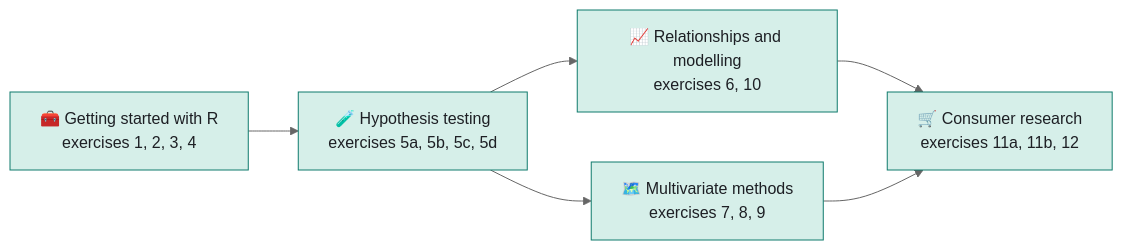
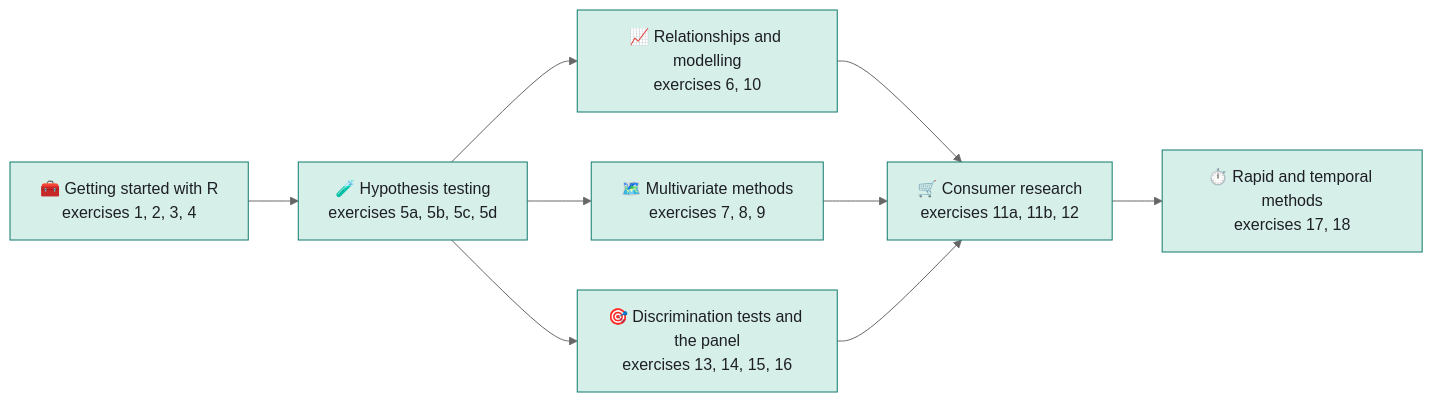
One commit to senzorika/SaIT changed the second of 2 diagrams in README.md. Above: the diagram before and after it, drawn with Mermaid (neutral theme). The commit also changed other lines of this file and 62 other files, not shown here.

````diff
--- a/README.md
+++ b/README.md
@@ -126,15 +147,20 @@
 ```mermaid
 flowchart LR
     B0["🧰 Getting started with R<br/>exercises 1, 2, 3, 4"]
     B1["🧪 Hypothesis testing<br/>exercises 5a, 5b, 5c, 5d"]
     B2["📈 Relationships and modelling<br/>exercises 6, 10"]
     B3["🗺️ Multivariate methods<br/>exercises 7, 8, 9"]
-    B4["🛒 Consumer research<br/>exercises 11a, 11b, 12"]
+    B4["🎯 Discrimination tests and the panel<br/>exercises 13, 14, 15, 16"]
+    B5["🛒 Consumer research<br/>exercises 11a, 11b, 12"]
+    B6["⏱️ Rapid and temporal methods<br/>exercises 17, 18"]
     B0 --> B1
     B1 --> B2
     B1 --> B3
-    B2 --> B4
-    B3 --> B4
+    B1 --> B4
+    B2 --> B5
+    B3 --> B5
+    B4 --> B5
+    B5 --> B6
     classDef blk fill:#d6efe9,stroke:#0f7b6c,color:#1d1f24
-    class B0,B1,B2,B3,B4 blk
+    class B0,B1,B2,B3,B4,B5,B6 blk
 ```
````
